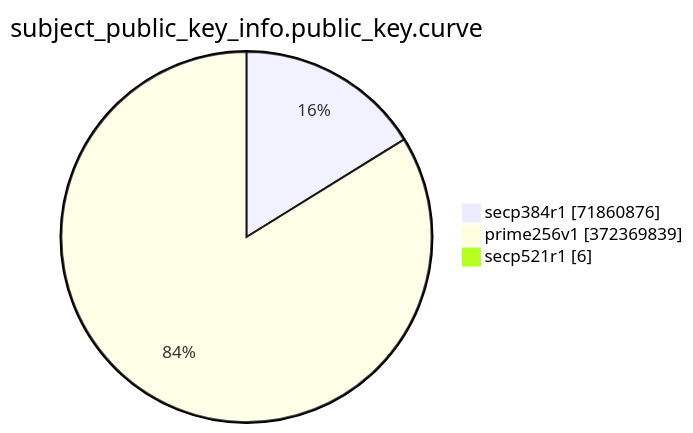
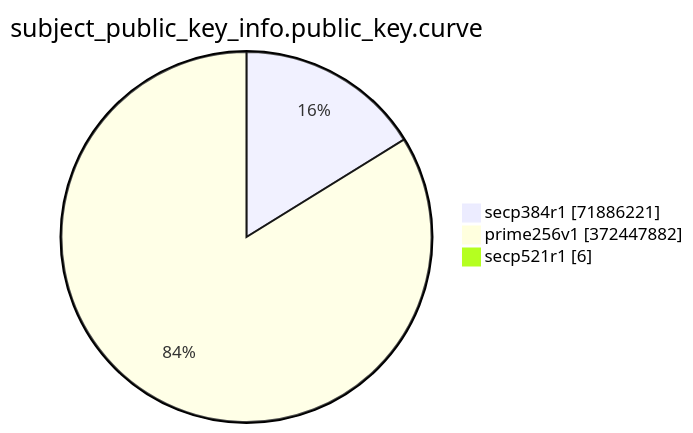
The eighth of 15 diagrams in TOTAL/README.md (christiankrug/ctmonitor_visualization), drawn with Mermaid before and after one commit. The commit also changed other lines of this file, not shown here.

````diff
--- a/TOTAL/README.md
+++ b/TOTAL/README.md
@@ -3094,7 +3094,7 @@
 ```mermaid
 pie showData
 title subject_public_key_info.public_key.curve
-"secp384r1" :71860876
-"prime256v1" :372369839
+"secp384r1" :71886221
+"prime256v1" :372447882
 "secp521r1" :6
 ```
````
